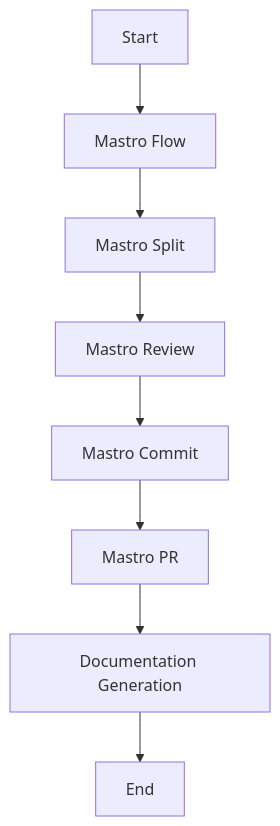
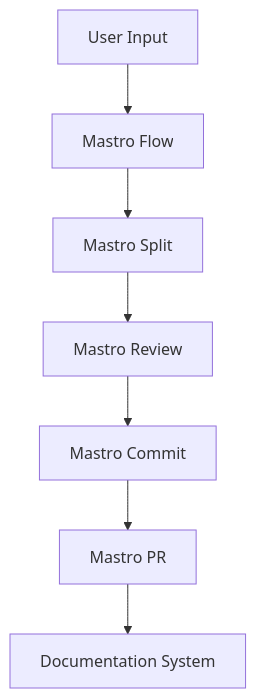
The first of 2 diagrams in docs/architecture.md (geogoesbeepboop/refiner), drawn with Mermaid before and after one commit. The commit also changed other lines of this file and 8 other files, not shown here.

````diff
--- a/docs/architecture.md
+++ b/docs/architecture.md
@@ -133,10 +130,9 @@
 ```mermaid
-flowchart TD
-    A[Start] --> B[Mastro Flow]
-    B --> C[Mastro Split]
-    C --> D[Mastro Review]
-    D --> E[Mastro Commit]
-    E --> F[Mastro PR]
-    F --> G[Documentation Generation]
-    G --> H[End]
+graph TD;
+    A[User Input] --> B[Mastro Flow];
+    B --> C[Mastro Split];
+    C --> D[Mastro Review];
+    D --> E[Mastro Commit];
+    E --> F[Mastro PR];
+    F --> G[Documentation System];
 ```
````
